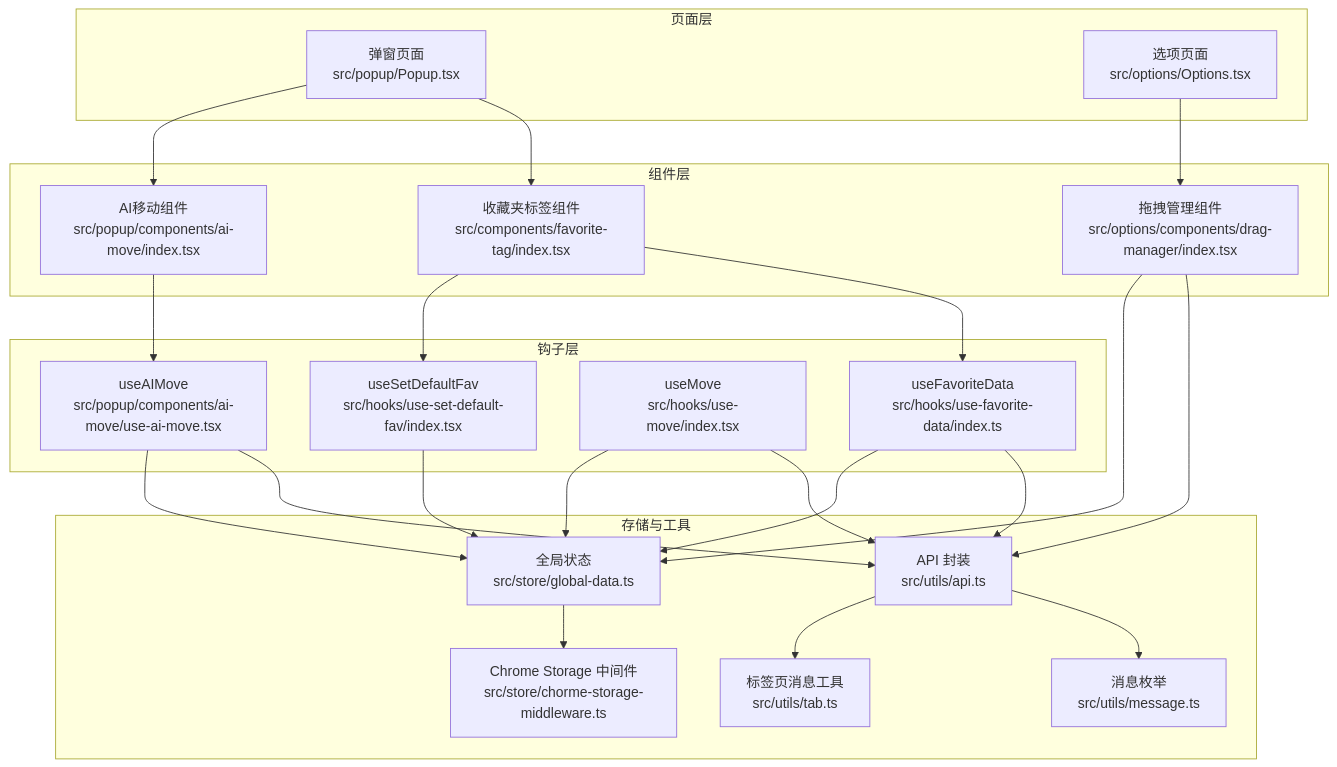
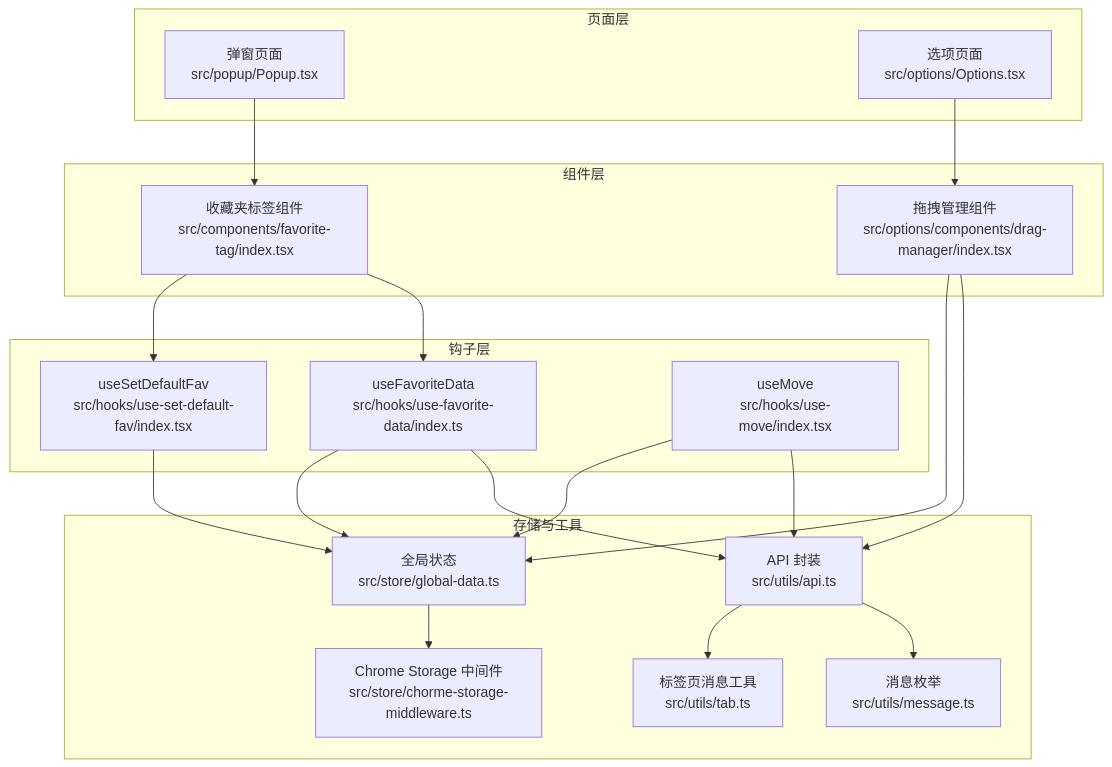
One commit to RadiumAg/bilibili-favorites changed the first of 9 diagrams in .qoder/repowiki/zh/content/核心功能模块/收藏夹管理系统.md. Above: the diagram before and after it, drawn with Mermaid. The commit also changed other lines of this file and 21 other files, not shown here.

````diff
--- a/.qoder/repowiki/zh/content/核心功能模块/收藏夹管理系统.md
+++ b/.qoder/repowiki/zh/content/核心功能模块/收藏夹管理系统.md
@@ -60,43 +45,37 @@
 ```mermaid
 graph TB
 subgraph "页面层"
 Popup["弹窗页面<br/>src/popup/Popup.tsx"]
 Options["选项页面<br/>src/options/Options.tsx"]
 end
 subgraph "组件层"
 FavoriteTag["收藏夹标签组件<br/>src/components/favorite-tag/index.tsx"]
 DragManager["拖拽管理组件<br/>src/options/components/drag-manager/index.tsx"]
-AIMove["AI移动组件<br/>src/popup/components/ai-move/index.tsx"]
 end
 subgraph "钩子层"
 HookFavoriteData["useFavoriteData<br/>src/hooks/use-favorite-data/index.ts"]
 HookSetDefaultFav["useSetDefaultFav<br/>src/hooks/use-set-default-fav/index.tsx"]
 HookMove["useMove<br/>src/hooks/use-move/index.tsx"]
-HookAIMove["useAIMove<br/>src/popup/components/ai-move/use-ai-move.tsx"]
 end
 subgraph "存储与工具"
 GlobalStore["全局状态<br/>src/store/global-data.ts"]
 StorageMW["Chrome Storage 中间件<br/>src/store/chorme-storage-middleware.ts"]
 Api["API 封装<br/>src/utils/api.ts"]
 Message["消息枚举<br/>src/utils/message.ts"]
 TabUtil["标签页消息工具<br/>src/utils/tab.ts"]
 end
 Popup --> FavoriteTag
-Popup --> AIMove
 Options --> DragManager
 FavoriteTag --> HookFavoriteData
 FavoriteTag --> HookSetDefaultFav
-AIMove --> HookAIMove
 HookMove --> Api
 HookFavoriteData --> Api
 HookFavoriteData --> GlobalStore
 HookSetDefaultFav --> GlobalStore
-HookAIMove --> Api
-HookAIMove --> GlobalStore
 HookMove --> GlobalStore
 DragManager --> Api
 DragManager --> GlobalStore
 GlobalStore --> StorageMW
 Api --> Message
 Api --> TabUtil
 ```
````
